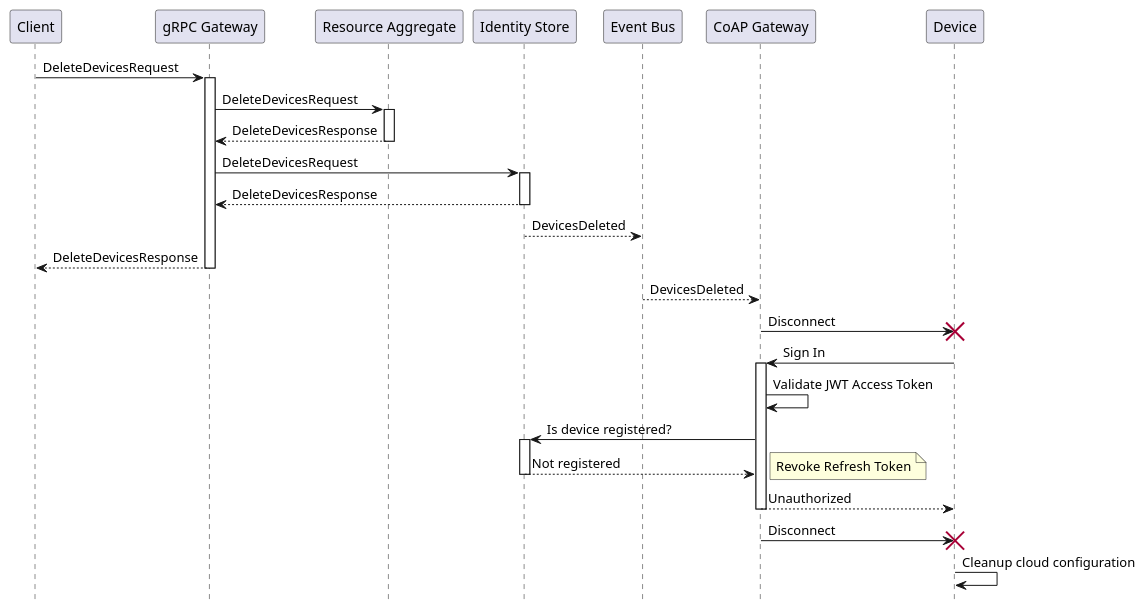
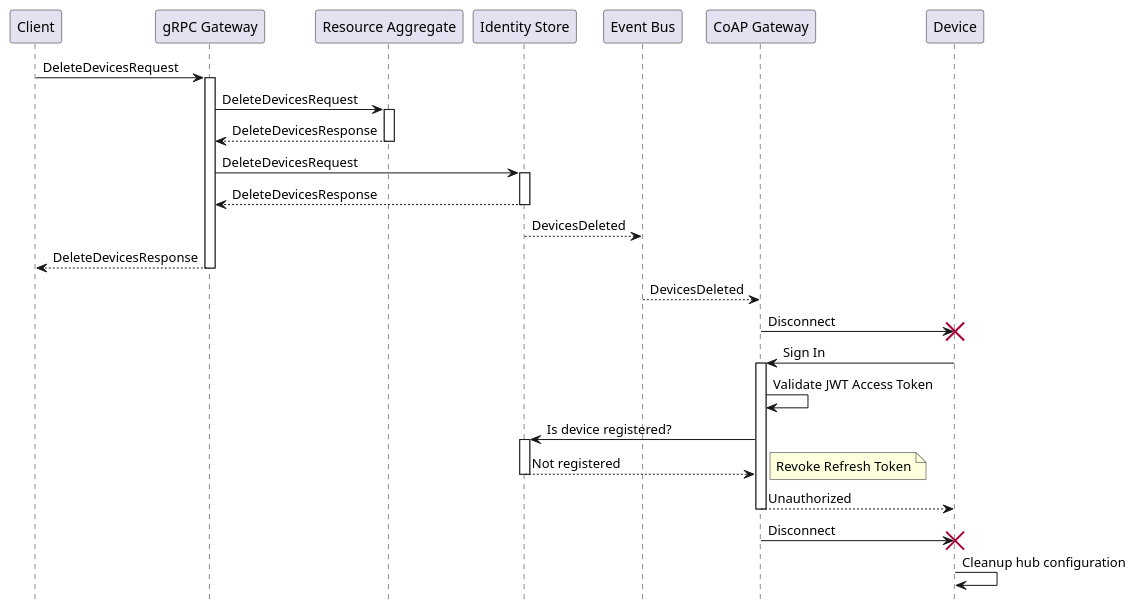
The sixth of 7 diagrams in content/en/architecture/component-overview.md (plgd-dev/doc), drawn with PlantUML before and after one commit. The commit also changed other lines of this file and 39 other files, not shown here.

Commit message:
rename cloud to hub, sdk to device, fix links

```diff
--- a/content/en/architecture/component-overview.md
+++ b/content/en/architecture/component-overview.md
@@ -243,38 +243,38 @@
 {{< plantuml id="device-delete" >}}
 @startuml
 skinparam backgroundColor transparent
 hide footbox
 
 participant C as "Client"
 participant GGW as "gRPC Gateway"
 participant RA as "Resource Aggregate"
 participant IS as "Identity Store"
 participant EB as "Event Bus"
 participant CGW as "CoAP Gateway"
 participant D as "Device"
 
 C -> GGW ++: DeleteDevicesRequest
 GGW -> RA ++: DeleteDevicesRequest
 return DeleteDevicesResponse
 GGW -> IS ++: DeleteDevicesRequest
 return DeleteDevicesResponse
 IS --> EB: DevicesDeleted
 return DeleteDevicesResponse
 EB --> CGW: DevicesDeleted
 CGW -> D: Disconnect
 destroy D
 
 D -> CGW ++: Sign In
 CGW -> CGW: Validate JWT Access Token
 CGW -> IS ++: Is device registered?
 return Not registered
 note right
   Revoke Refresh Token
 end note
 return Unauthorized
 CGW -> D: Disconnect
 destroy D
 
-D -> D: Cleanup cloud configuration
+D -> D: Cleanup hub configuration
 @enduml
 {{< /plantuml >}}
```
